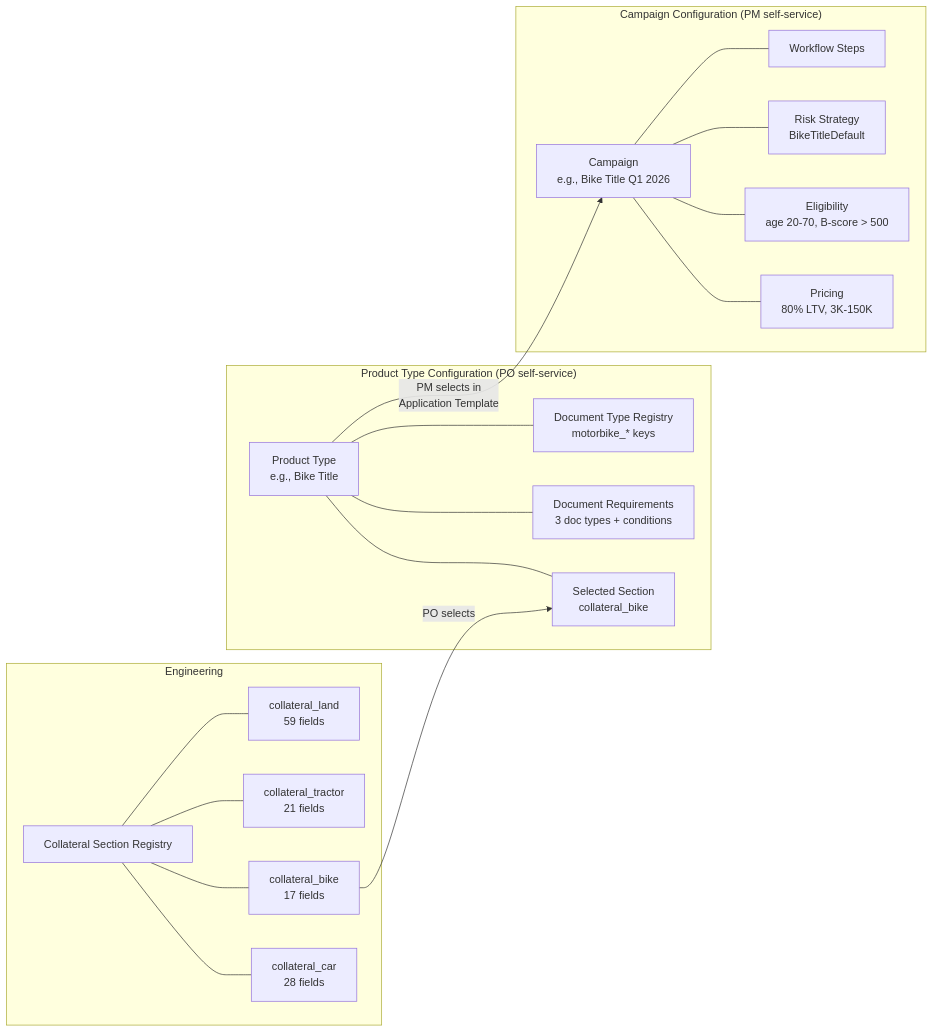
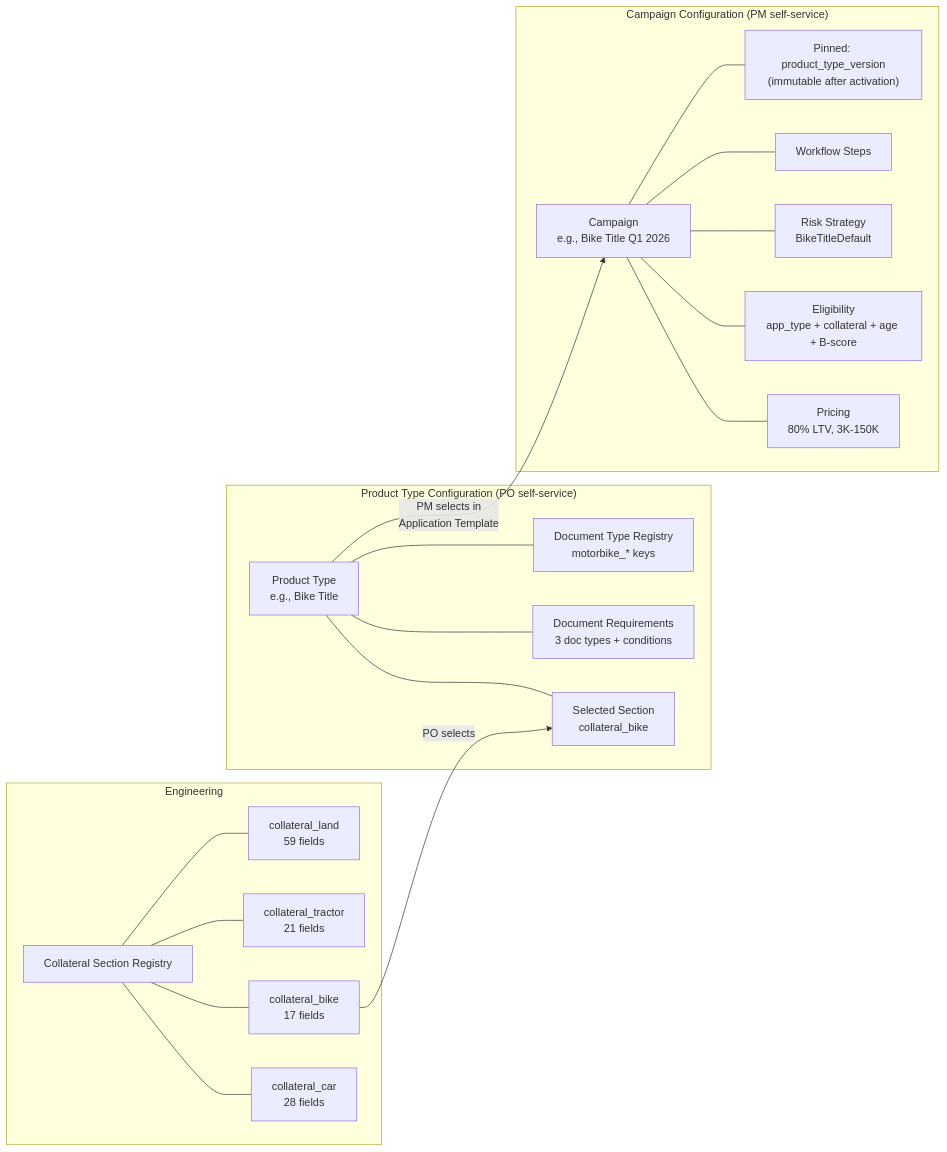
Before and after one commit to chanatan-sri/TurboProduct: the third of 3 diagrams in product/credit/onigiri/capabilities/product-type-configuration/CAPABILITY.md, drawn with Mermaid. The commit also changed other lines of this file and 21 other files, not shown here.

First line of the commit message:
feat(onigiri): add 3-level document hierarchy, product type builder, and campaign integration

````diff
--- a/product/credit/onigiri/capabilities/product-type-configuration/CAPABILITY.md
+++ b/product/credit/onigiri/capabilities/product-type-configuration/CAPABILITY.md
@@ -154,28 +262,29 @@
 ```mermaid
 flowchart LR
     subgraph "Engineering"
         ENG[Collateral Section Registry]
         ENG --- CAR["collateral_car\n28 fields"]
         ENG --- BIKE["collateral_bike\n17 fields"]
         ENG --- TRACTOR["collateral_tractor\n21 fields"]
         ENG --- LAND["collateral_land\n59 fields"]
     end
 
     subgraph "Product Type Configuration (PO self-service)"
         PT[Product Type\ne.g., Bike Title]
         PT --- SEC["Selected Section\ncollateral_bike"]
         PT --- DOC[Document Requirements\n3 doc types + conditions]
         PT --- REG[Document Type Registry\nmotorbike_* keys]
     end
 
     subgraph "Campaign Configuration (PM self-service)"
         CAMP[Campaign\ne.g., Bike Title Q1 2026]
         CAMP --- PRICE[Pricing\n80% LTV, 3K-150K]
-        CAMP --- ELIG[Eligibility\nage 20-70, B-score > 500]
+        CAMP --- ELIG[Eligibility\napp_type + collateral + age + B-score]
         CAMP --- RISK[Risk Strategy\nBikeTitleDefault]
         CAMP --- WF[Workflow Steps]
+        CAMP --- PIN["Pinned: product_type_version\n(immutable after activation)"]
     end
 
     BIKE -->|"PO selects"| SEC
     PT -->|"PM selects in\nApplication Template"| CAMP
 ```
````
